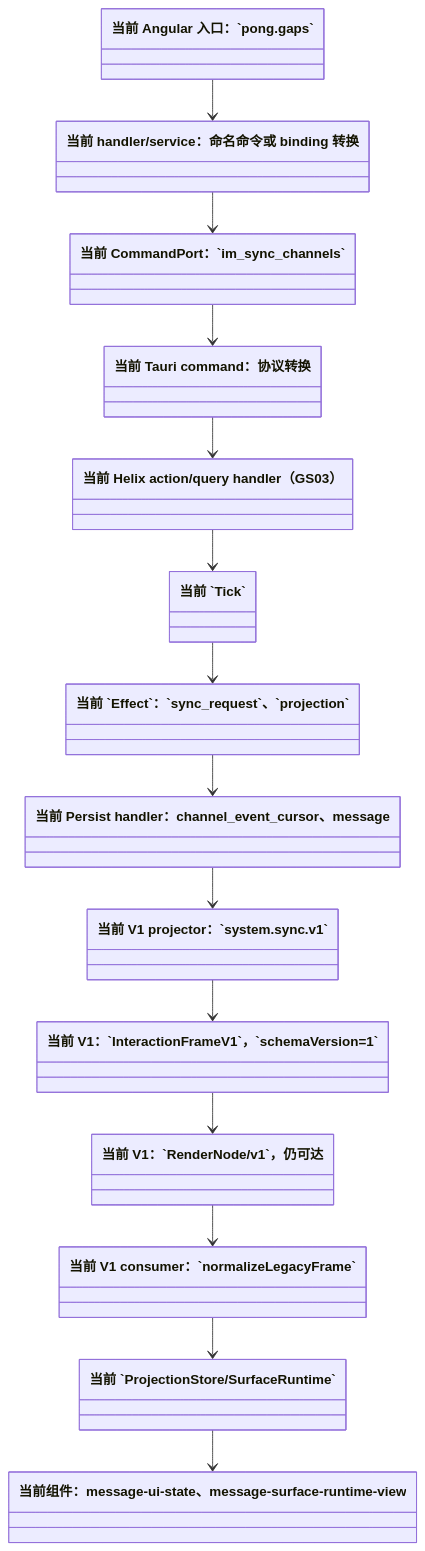
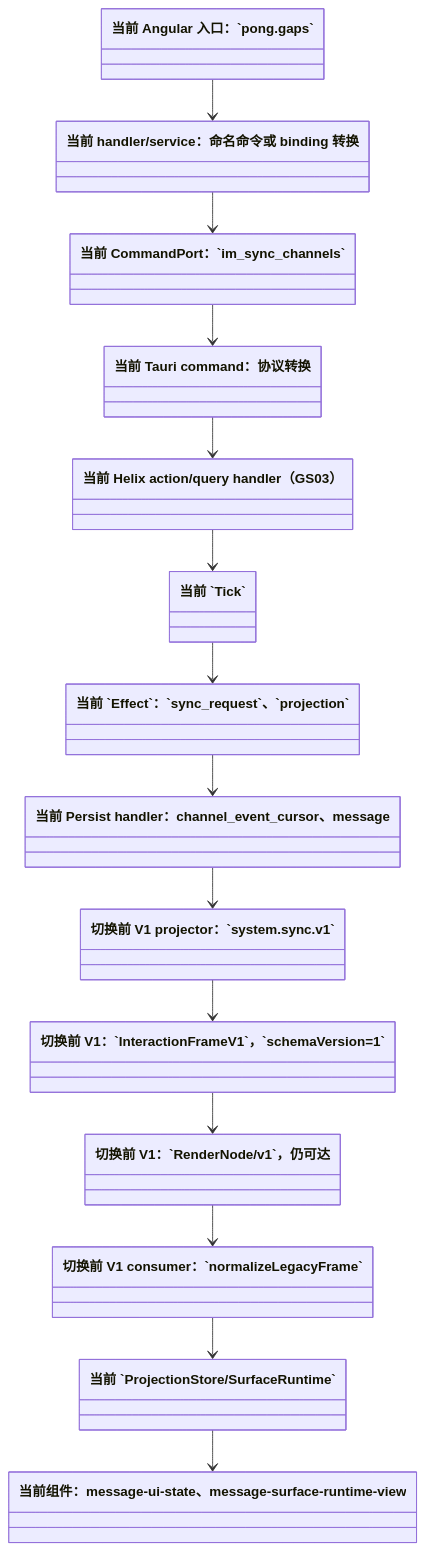
The diagram in docs/interaction-frame-v2-全量替换-按UC/GS03/01-V1当前类图.mmd (zxs1633079383/helix), drawn with Mermaid before and after one commit. The commit also changed 159 other files, not shown here.

```diff
--- a/docs/interaction-frame-v2-全量替换-按UC/GS03/01-V1当前类图.mmd
+++ b/docs/interaction-frame-v2-全量替换-按UC/GS03/01-V1当前类图.mmd
@@ -1,28 +1,29 @@
+%% 切换前历史快照：不得作为当前生产合同；当前仅 InteractionFrame/v2
 classDiagram
     class Angular入口["当前 Angular 入口：`pong.gaps`"]
     class ShellService["当前 handler/service：命名命令或 binding 转换"]
     class CommandPort["当前 CommandPort：`im_sync_channels`"]
     class Tauri命令["当前 Tauri command：协议转换"]
     class Helix处理["当前 Helix action/query handler（GS03）"]
     class Tick["当前 `Tick`"]
     class Effect["当前 `Effect`：`sync_request`、`projection`"]
     class 持久化["当前 Persist handler：channel_event_cursor、message"]
-    class V1投影["当前 V1 projector：`system.sync.v1`"]
-    class V1帧["当前 V1：`InteractionFrameV1`，`schemaVersion=1`"]
-    class V1节点["当前 V1：`RenderNode/v1`，仍可达"]
-    class V1解码["当前 V1 consumer：`normalizeLegacyFrame`"]
+    class V1投影["切换前 V1 projector：`system.sync.v1`"]
+    class V1帧["切换前 V1：`InteractionFrameV1`，`schemaVersion=1`"]
+    class V1节点["切换前 V1：`RenderNode/v1`，仍可达"]
+    class V1解码["切换前 V1 consumer：`normalizeLegacyFrame`"]
     class SurfaceRuntime["当前 `ProjectionStore/SurfaceRuntime`"]
     class 组件["当前组件：message-ui-state、message-surface-runtime-view"]
     Angular入口 --> ShellService
     ShellService --> CommandPort
     CommandPort --> Tauri命令
     Tauri命令 --> Helix处理
     Helix处理 --> Tick
     Tick --> Effect
     Effect --> 持久化
     持久化 --> V1投影
     V1投影 --> V1帧
     V1帧 --> V1节点
     V1节点 --> V1解码
     V1解码 --> SurfaceRuntime
     SurfaceRuntime --> 组件
```
